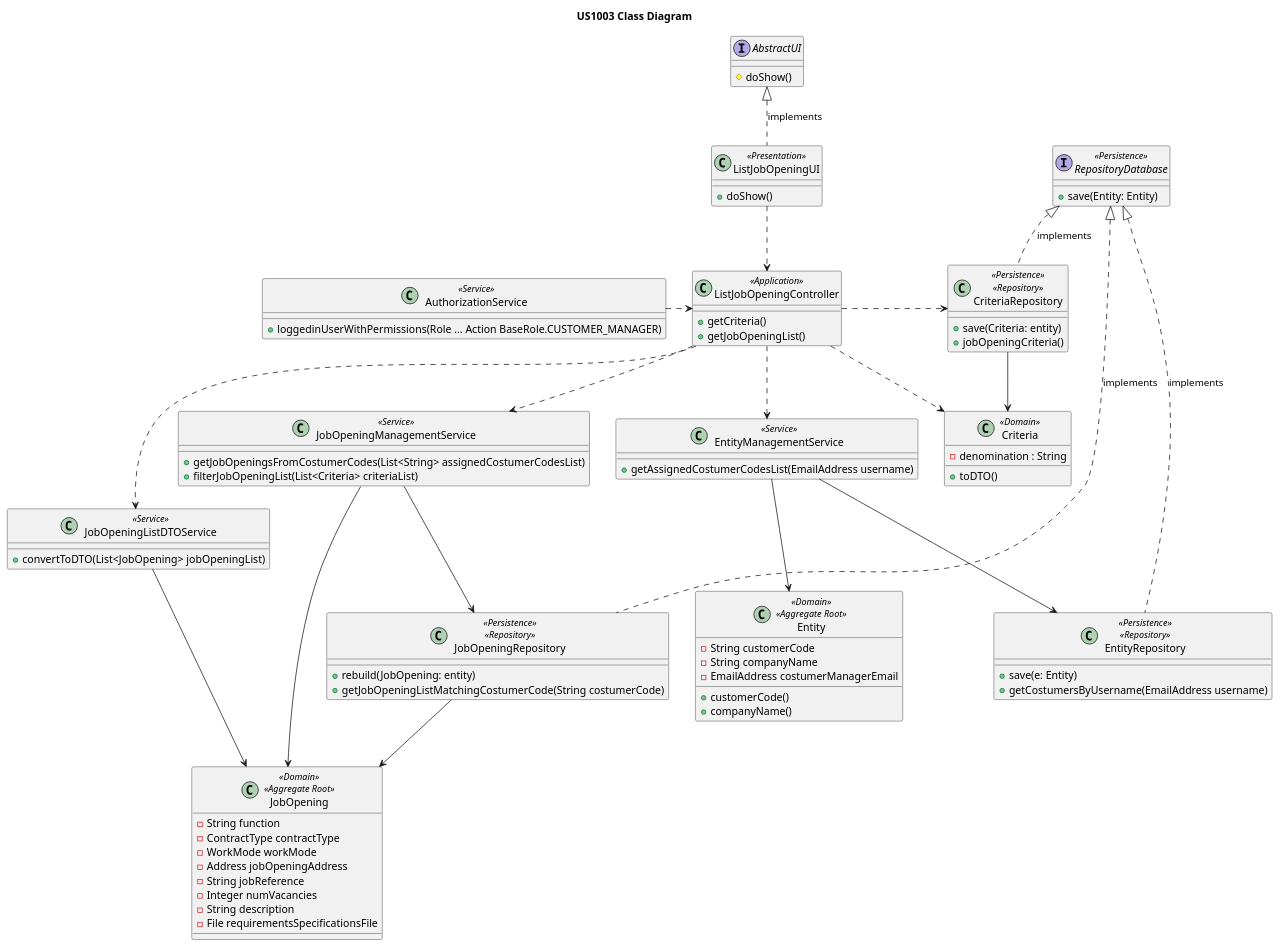
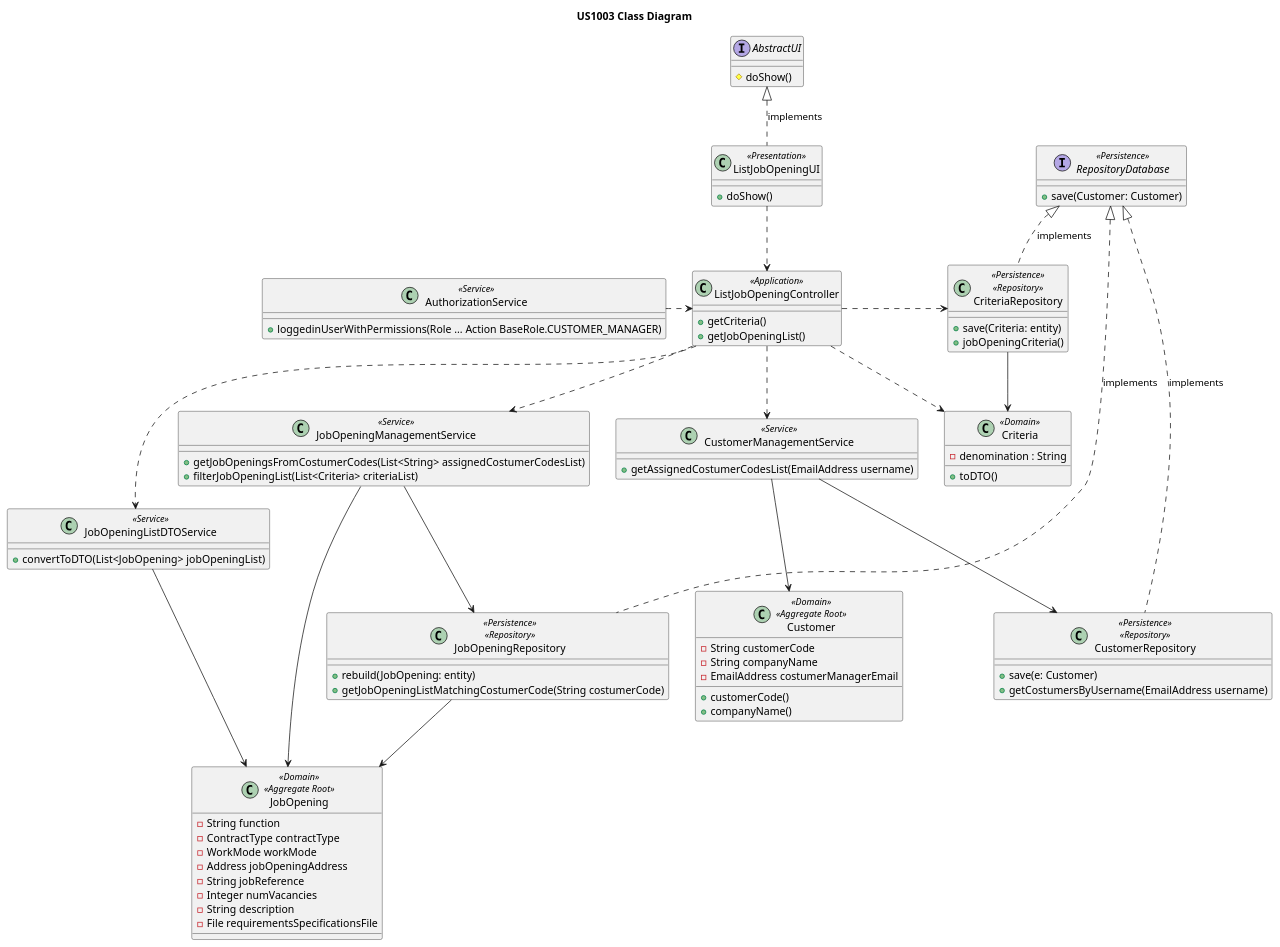
The diagram in docs/sb_us_1003/US1003_Class_Diagram/us1003_class_diagram.puml (rita-barbosa/LAPR4-2324), drawn with PlantUML before and after one commit. The commit also changed 1 other file, not shown here.

Commit message:
docs: US1003 diagrams update
[#111]

```diff
--- a/docs/sb_us_1003/US1003_Class_Diagram/us1003_class_diagram.puml
+++ b/docs/sb_us_1003/US1003_Class_Diagram/us1003_class_diagram.puml
@@ -1,111 +1,111 @@
 @startuml US1003_class_diagram
 'https://plantuml.com/class-diagram
 
 title US1003 Class Diagram
 
 interface AbstractUI{
 # doShow()
 }
 
-class EntityManagementService <<Service>> {
+class CustomerManagementService <<Service>> {
 + getAssignedCostumerCodesList(EmailAddress username)
 }
 
-class Entity <<Domain>> <<Aggregate Root>> {
+class Customer <<Domain>> <<Aggregate Root>> {
 - String customerCode
 - String companyName
 - EmailAddress costumerManagerEmail
 + customerCode()
 + companyName()
 }
 
 class JobOpeningManagementService <<Service>> {
 + getJobOpeningsFromCostumerCodes(List<String> assignedCostumerCodesList)
 + filterJobOpeningList(List<Criteria> criteriaList)
 }
 
 class JobOpeningListDTOService <<Service>> {
 + convertToDTO(List<JobOpening> jobOpeningList)
 }
 
 class ListJobOpeningUI <<Presentation>> {
 + doShow()
 }
 
 class ListJobOpeningController <<Application>> {
 + getCriteria()
 + getJobOpeningList()
 }
 
 class Criteria <<Domain>> {
 - denomination : String
 + toDTO()
 }
 
 class AuthorizationService <<Service>> {
 + loggedinUserWithPermissions(Role ... Action BaseRole.CUSTOMER_MANAGER)
 }
 
 class JobOpening <<Domain>> <<Aggregate Root>> {
 - String function
 - ContractType contractType
 - WorkMode workMode
 - Address jobOpeningAddress
 - String jobReference
 - Integer numVacancies
 - String description
 - File requirementsSpecificationsFile
 }
 
 class JobOpeningRepository <<Persistence>> <<Repository>> {
 + rebuild(JobOpening: entity)
 + getJobOpeningListMatchingCostumerCode(String costumerCode)
 }
 
 class CriteriaRepository <<Persistence>> <<Repository>> {
 + save(Criteria: entity)
 + jobOpeningCriteria()
 }
 
-class EntityRepository  <<Persistence>> <<Repository>>  {
-+ save(e: Entity)
+class CustomerRepository  <<Persistence>> <<Repository>>  {
++ save(e: Customer)
 + getCostumersByUsername(EmailAddress username)
 }
 
 interface RepositoryDatabase <<Persistence>> {
-+ save(Entity: Entity)
++ save(Customer: Customer)
 }
 
 
 'Associations
 'Basic Flow
 ListJobOpeningUI ..> ListJobOpeningController
 ListJobOpeningController .> CriteriaRepository
 ListJobOpeningController .> Criteria
-ListJobOpeningController ..> EntityManagementService
+ListJobOpeningController ..> CustomerManagementService
 ListJobOpeningController ..> JobOpeningManagementService
 ListJobOpeningController ..> JobOpeningListDTOService
 
 'Domain Layer
-EntityManagementService -down-> EntityRepository
-EntityManagementService --> Entity
+CustomerManagementService -down-> CustomerRepository
+CustomerManagementService --> Customer
 JobOpeningManagementService --> JobOpeningRepository
 JobOpeningManagementService --> JobOpening
 JobOpeningListDTOService --> JobOpening
 
 
 'Persistence Layer
 CriteriaRepository --> Criteria
 JobOpeningRepository --> JobOpening
 
 'Interface implementation
 RepositoryDatabase <|.. JobOpeningRepository : implements
 RepositoryDatabase <|.. CriteriaRepository : implements
-RepositoryDatabase <|.. EntityRepository : implements
+RepositoryDatabase <|.. CustomerRepository : implements
 
 AbstractUI <|.. ListJobOpeningUI : implements
 
 'Authentication
 AuthorizationService .right.> ListJobOpeningController
 
 @enduml
```
